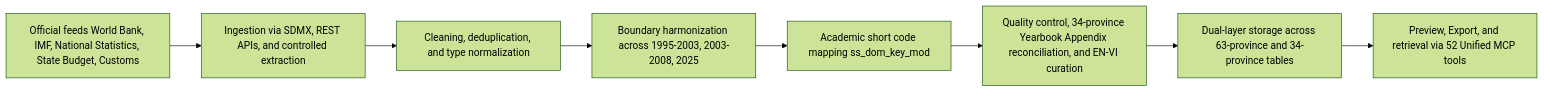
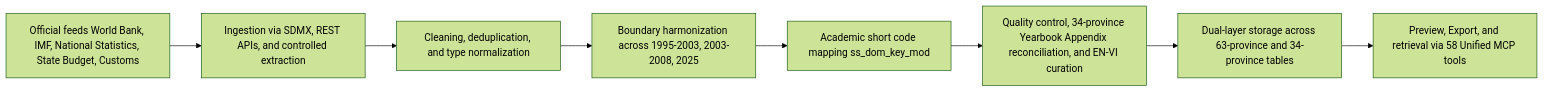
The diagram in i18n/en/docusaurus-plugin-content-docs/current/ecodata/du-lieu/methodology.mdx (vietlod/docs), drawn with Mermaid (forest theme) before and after one commit. The commit also changed 81 other files, not shown here.

Commit message:
docs(ecodata,ecolab,sachktl): sync 306-model 16-family 61-submodel 58-tool docs, SVG flows & Gemini skills

````diff
--- a/i18n/en/docusaurus-plugin-content-docs/current/ecodata/du-lieu/methodology.mdx
+++ b/i18n/en/docusaurus-plugin-content-docs/current/ecodata/du-lieu/methodology.mdx
@@ -39,10 +39,10 @@
 ```mermaid
 flowchart LR
   A["Official feeds World Bank, IMF, National Statistics, State Budget, Customs"] --> B["Ingestion via SDMX, REST APIs, and controlled extraction"]
   B --> C["Cleaning, deduplication, and type normalization"]
   C --> D["Boundary harmonization across 1995-2003, 2003-2008, 2025"]
   D --> E["Academic short code mapping ss_dom_key_mod"]
   E --> F["Quality control, 34-province Yearbook Appendix reconciliation, and EN-VI curation"]
   F --> G["Dual-layer storage across 63-province and 34-province tables"]
-  G --> H["Preview, Export, and retrieval via 52 Unified MCP tools"]
+  G --> H["Preview, Export, and retrieval via 58 Unified MCP tools"]
 ```
````
